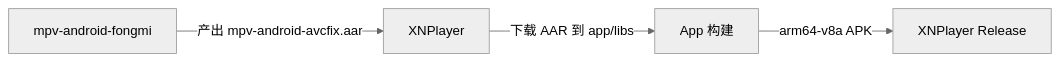
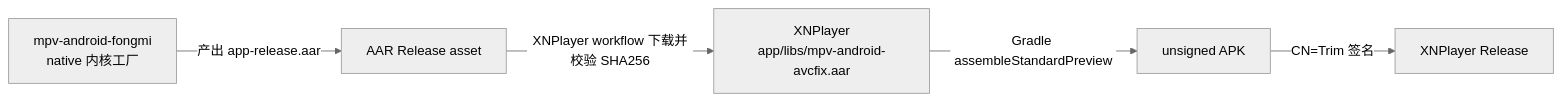
One commit to Tom0324/mpv-android-fongmi changed the diagram in README.md. Above: the diagram before and after it, drawn with Mermaid (neutral theme). The commit also changed other lines of this file, not shown here.

First line of the commit message:
docs: rewrite README with verified native build facts

````diff
--- a/README.md
+++ b/README.md
@@ -54,6 +32,7 @@
 ```mermaid
 flowchart LR
-  A[mpv-android-fongmi] -->|产出 mpv-android-avcfix.aar| B[XNPlayer]
-  B -->|下载 AAR 到 app/libs| C[App 构建]
-  C -->|arm64-v8a APK| D[XNPlayer Release]
+  A[mpv-android-fongmi<br/>native 内核工厂] -->|产出 app-release.aar| B[AAR Release asset]
+  B -->|XNPlayer workflow 下载并校验 SHA256| C[XNPlayer<br/>app/libs/mpv-android-avcfix.aar]
+  C -->|Gradle assembleStandardPreview| D[unsigned APK]
+  D -->|CN=Trim 签名| E[XNPlayer Release]
 ```
````
